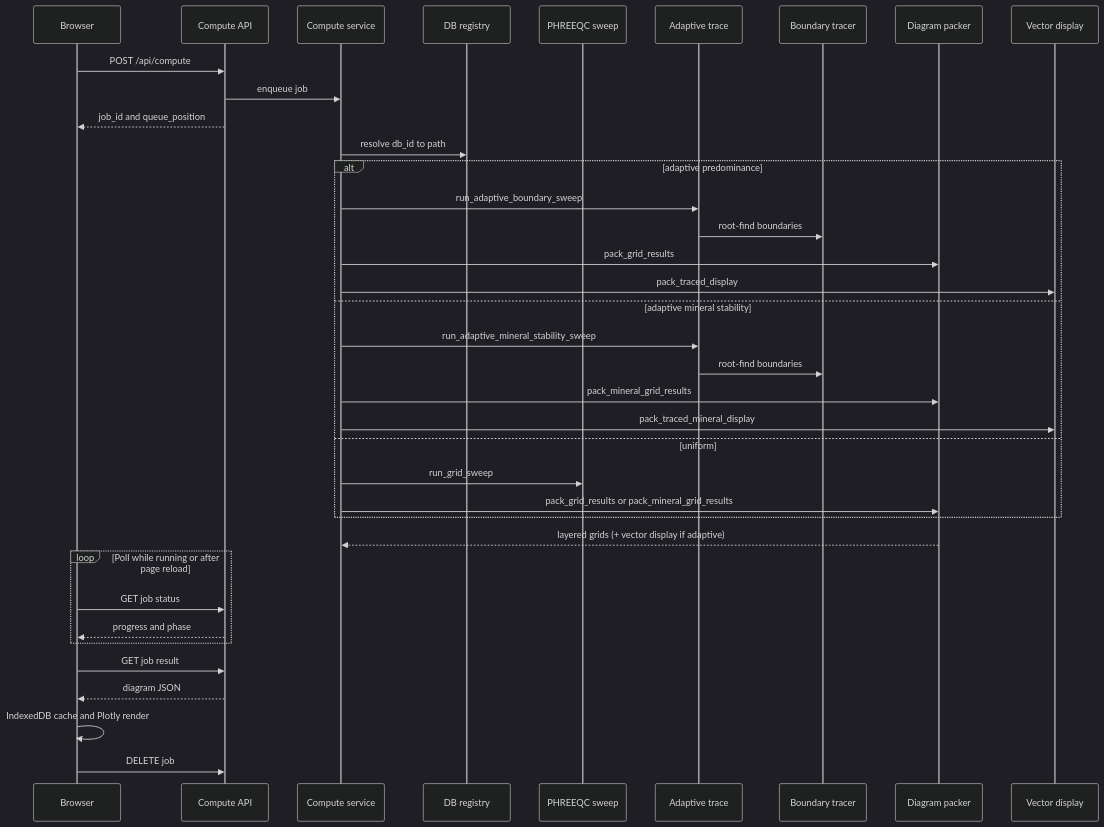
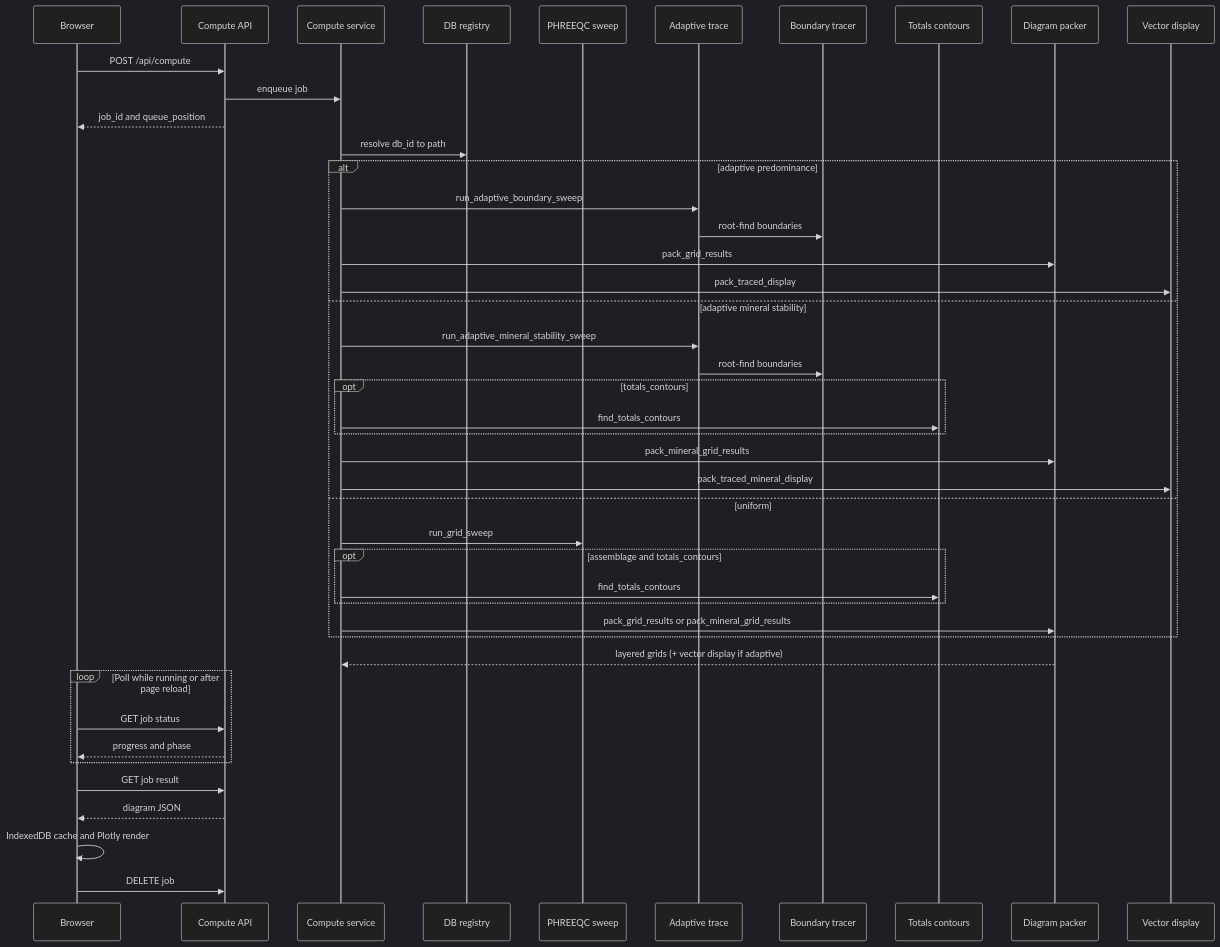
One commit to Matteo-Loche/Phaser changed the second of 2 diagrams in README.md. Above: the diagram before and after it, drawn with Mermaid (dark theme). The commit also changed other lines of this file and 12 other files, not shown here.

````diff
--- a/README.md
+++ b/README.md
@@ -972,40 +1034,47 @@
 ```mermaid
 sequenceDiagram
     participant UI as Browser
     participant API as Compute API
     participant Job as Compute service
     participant Reg as DB registry
     participant Sw as PHREEQC sweep
     participant Ad as Adaptive trace
     participant Tr as Boundary tracer
+    participant TC as Totals contours
     participant Pack as Diagram packer
     participant Vec as Vector display
 
     UI->>API: POST /api/compute
     API->>Job: enqueue job
     API-->>UI: job_id and queue_position
     Job->>Reg: resolve db_id to path
     alt adaptive predominance
         Job->>Ad: run_adaptive_boundary_sweep
         Ad->>Tr: root-find boundaries
         Job->>Pack: pack_grid_results
         Job->>Vec: pack_traced_display
     else adaptive mineral stability
         Job->>Ad: run_adaptive_mineral_stability_sweep
         Ad->>Tr: root-find boundaries
+        opt totals_contours
+            Job->>TC: find_totals_contours
+        end
         Job->>Pack: pack_mineral_grid_results
         Job->>Vec: pack_traced_mineral_display
     else uniform
         Job->>Sw: run_grid_sweep
+        opt assemblage and totals_contours
+            Job->>TC: find_totals_contours
+        end
         Job->>Pack: pack_grid_results or pack_mineral_grid_results
     end
     Pack-->>Job: layered grids (+ vector display if adaptive)
     loop Poll while running or after page reload
         UI->>API: GET job status
         API-->>UI: progress and phase
     end
     UI->>API: GET job result
     API-->>UI: diagram JSON
     UI->>UI: IndexedDB cache and Plotly render
     UI->>API: DELETE job
 ```
````
